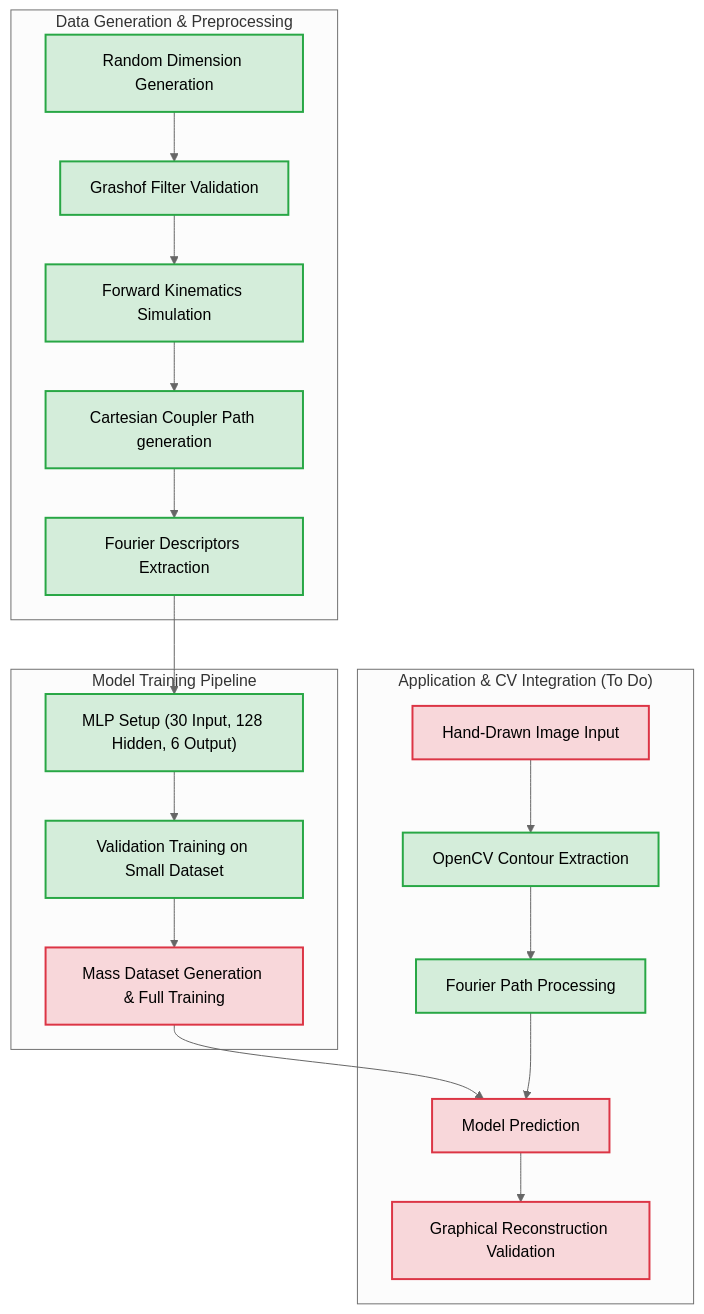
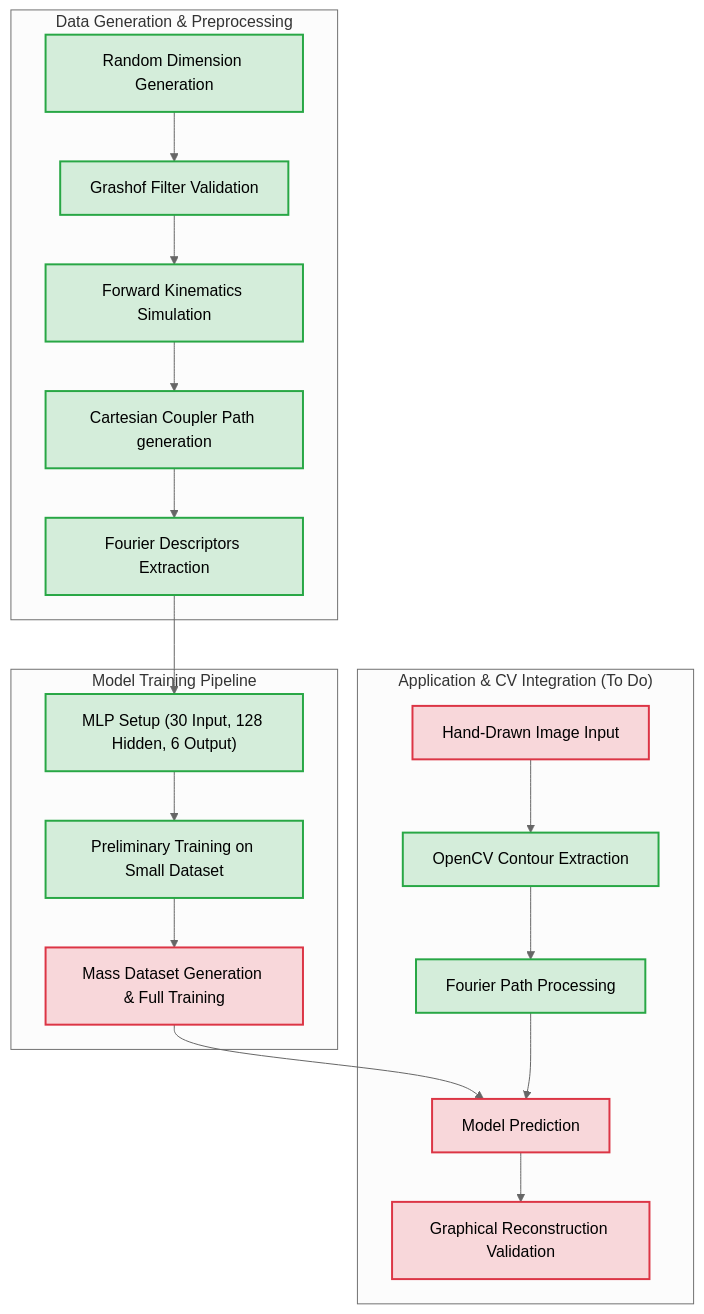
One commit to LakshayAga/Automated-design-of-four-bar-linkage changed the diagram in README.md. Above: the diagram before and after it, drawn with Mermaid (neutral theme). The commit also changed other lines of this file and 10 other files, not shown here.

````diff
--- a/README.md
+++ b/README.md
@@ -64,29 +64,29 @@
 ```mermaid
 flowchart TD
     classDef done fill:#d4edda,stroke:#28a745,stroke-width:2px,color:#000;
     classDef pending fill:#f8d7da,stroke:#dc3545,stroke-width:2px,color:#000;
 
     %% Data Generation
     subgraph phase1 ["Data Generation & Preprocessing"]
         A["Random Dimension Generation"]:::done --> B["Grashof Filter Validation"]:::done
         B --> C["Forward Kinematics Simulation"]:::done
         C --> D["Cartesian Coupler Path generation"]:::done
         D --> E["Fourier Descriptors Extraction"]:::done
     end
 
     %% Model Pipeline
     subgraph phase2 ["Model Training Pipeline"]
         E --> F["MLP Setup (30 Input, 128 Hidden, 6 Output)"]:::done
-        F --> G["Validation Training on Small Dataset"]:::done
+        F --> G["Preliminary Training on Small Dataset"]:::done
         G --> H["Mass Dataset Generation & Full Training"]:::pending
     end
 
     %% End-to-end integration
     subgraph phase3 ["Application & CV Integration (To Do)"]
         I["Hand-Drawn Image Input"]:::pending --> J["OpenCV Contour Extraction"]:::done
         J --> K["Fourier Path Processing"]:::done
         H --> L["Model Prediction"]:::pending
         K --> L
         L --> M["Graphical Reconstruction Validation"]:::pending
     end
 ```
````
